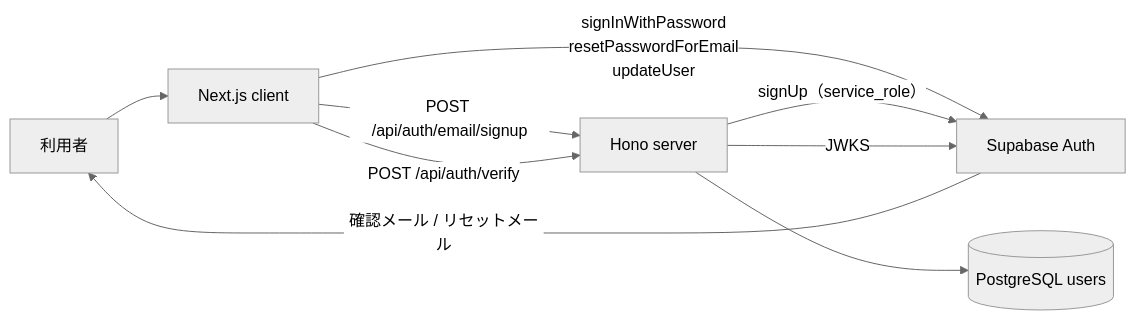
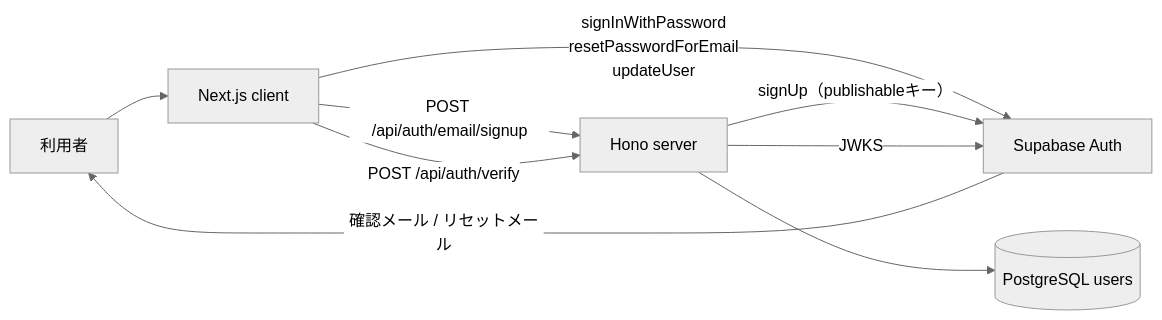
The first of 4 diagrams in tasks/HOXBL-94/technical/design.md (rimanem18/hoxt-backlog), drawn with Mermaid (neutral theme) before and after one commit. The commit also changed other lines of this file and 13 other files, not shown here.

````diff
--- a/tasks/HOXBL-94/technical/design.md
+++ b/tasks/HOXBL-94/technical/design.md
@@ -32,11 +32,11 @@
 ```mermaid
 flowchart LR
     U["利用者"] --> CL["Next.js client"]
     CL -->|"signInWithPassword<br/>resetPasswordForEmail<br/>updateUser"| SB["Supabase Auth"]
     CL -->|"POST /api/auth/email/signup"| SV["Hono server"]
     CL -->|"POST /api/auth/verify"| SV
-    SV -->|"signUp（service_role）"| SB
+    SV -->|"signUp（publishableキー）"| SB
     SV -->|"JWKS"| SB
     SV --> DB[("PostgreSQL users")]
     SB -->|"確認メール / リセットメール"| U
 ```
````
